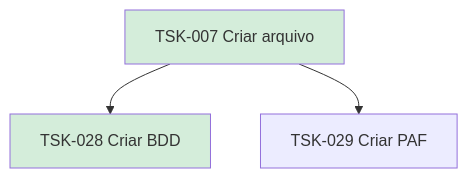
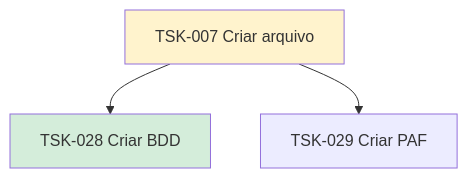
Before and after one commit to laerciogermano/workstation: the diagram in flow/tasks/TSK-001-criar-epico/TSK-002-criar-as-historias/TSK-003-explorar/TSK-007-criar-arquivo/README.md, drawn with Mermaid. The commit also changed other lines of this file and 53 other files, not shown here.

````diff
--- a/flow/tasks/TSK-001-criar-epico/TSK-002-criar-as-historias/TSK-003-explorar/TSK-007-criar-arquivo/README.md
+++ b/flow/tasks/TSK-001-criar-epico/TSK-002-criar-as-historias/TSK-003-explorar/TSK-007-criar-arquivo/README.md
@@ -12,10 +12,10 @@
 ```mermaid
 flowchart TD
   T007[TSK-007 Criar arquivo]
   T028[TSK-028 Criar BDD]
   T029[TSK-029 Criar PAF]
   T007 --> T028
   T007 --> T029
-  style T007 fill:#d4edda
+  style T007 fill:#fff3cd
   style T028 fill:#d4edda
 ```
````
